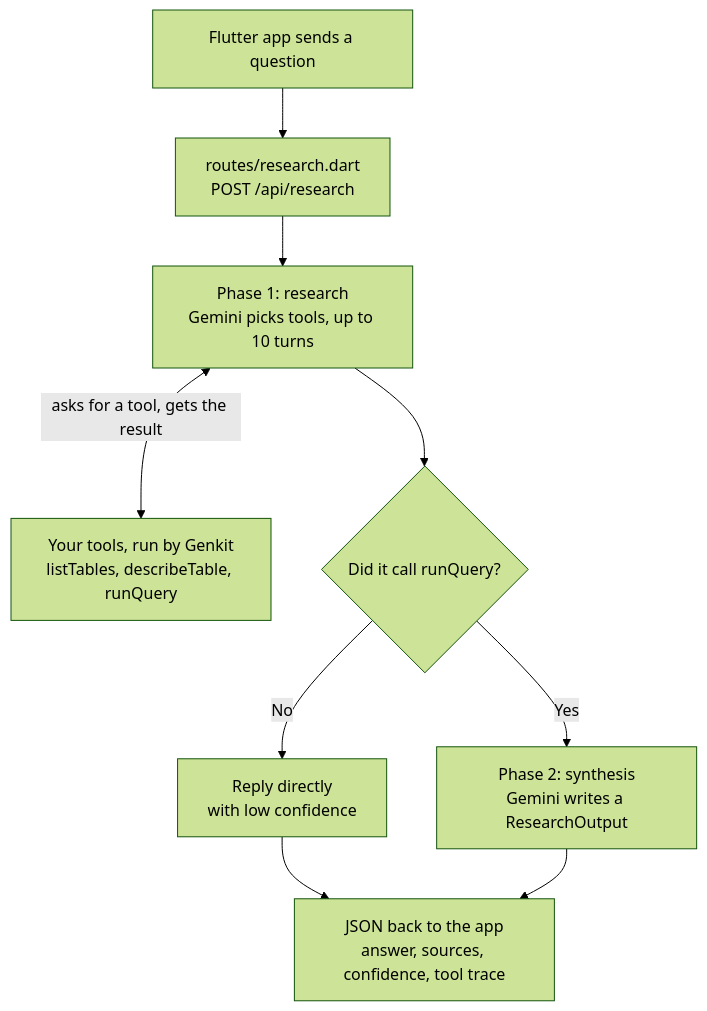
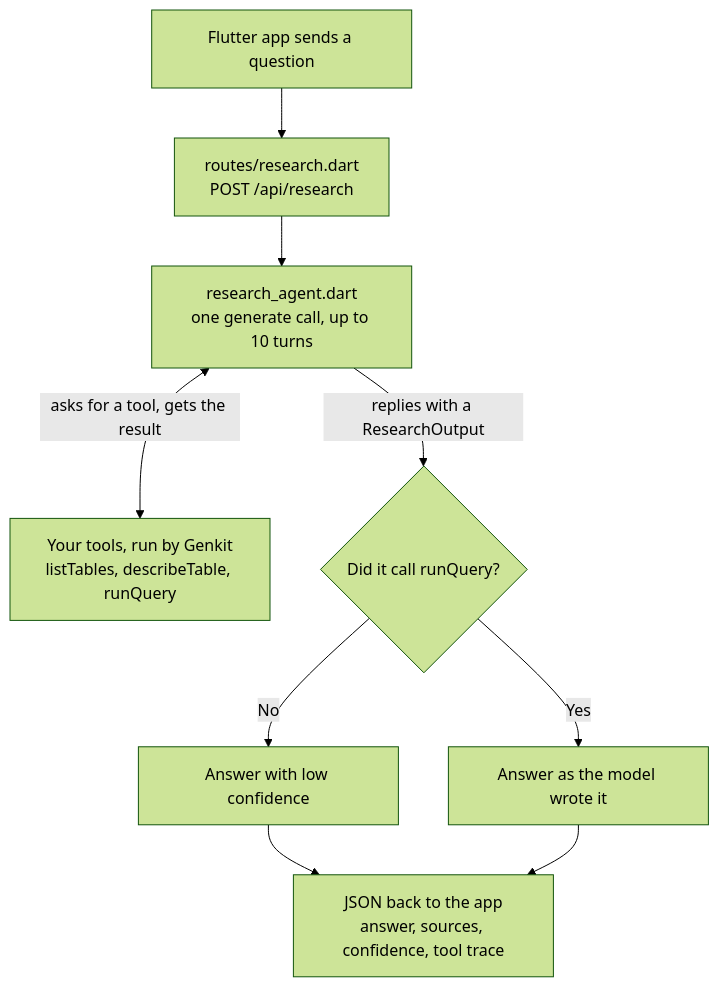
One commit to developerjamiu/bookstore-agent changed the diagram in CODELAB.md. Above: the diagram before and after it, drawn with Mermaid (forest theme). The commit also changed other lines of this file and 1 other file, not shown here.

First line of the commit message:
docs(codelab): teach the one-call research agent

````diff
--- a/CODELAB.md
+++ b/CODELAB.md
@@ -114,11 +114,11 @@
 ```mermaid
 flowchart TD
     Q["Flutter app sends a question"] --> R["routes/research.dart<br/>POST /api/research"]
-    R --> P1["Phase 1: research<br/>Gemini picks tools, up to 10 turns"]
-    P1 <-->|"asks for a tool, gets the result"| T["Your tools, run by Genkit<br/>listTables, describeTable, runQuery"]
-    P1 --> D{"Did it call runQuery?"}
-    D -- No --> L["Reply directly<br/>with low confidence"]
-    D -- Yes --> P2["Phase 2: synthesis<br/>Gemini writes a ResearchOutput"]
+    R --> G["research_agent.dart<br/>one generate call, up to 10 turns"]
+    G <-->|"asks for a tool, gets the result"| T["Your tools, run by Genkit<br/>listTables, describeTable, runQuery"]
+    G -->|"replies with a ResearchOutput"| D{"Did it call runQuery?"}
+    D -- No --> L["Answer with low confidence"]
+    D -- Yes --> K["Answer as the model wrote it"]
     L --> A["JSON back to the app<br/>answer, sources, confidence, tool trace"]
-    P2 --> A
+    K --> A
 ```
````
